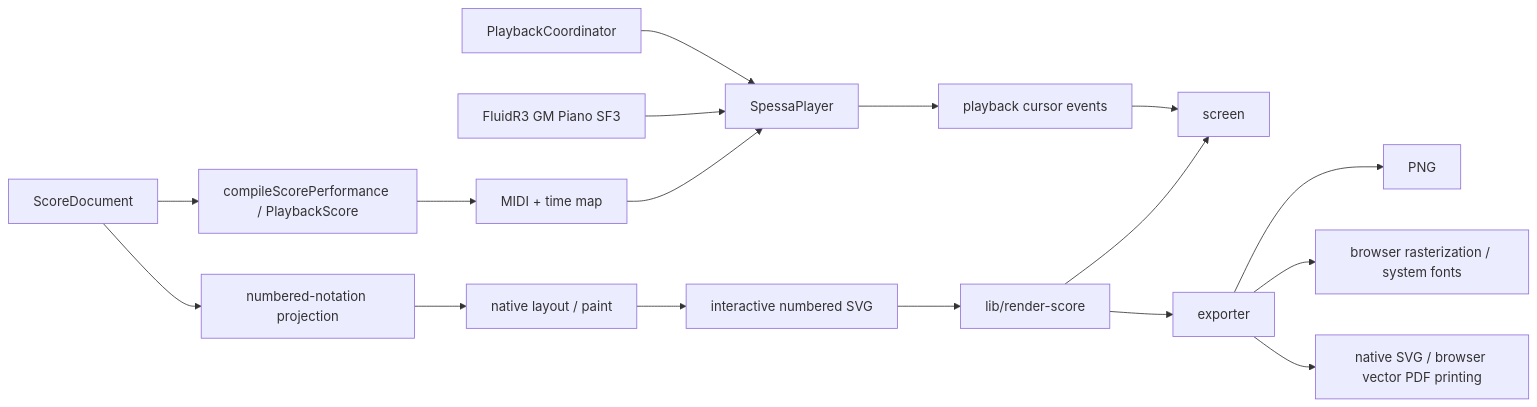
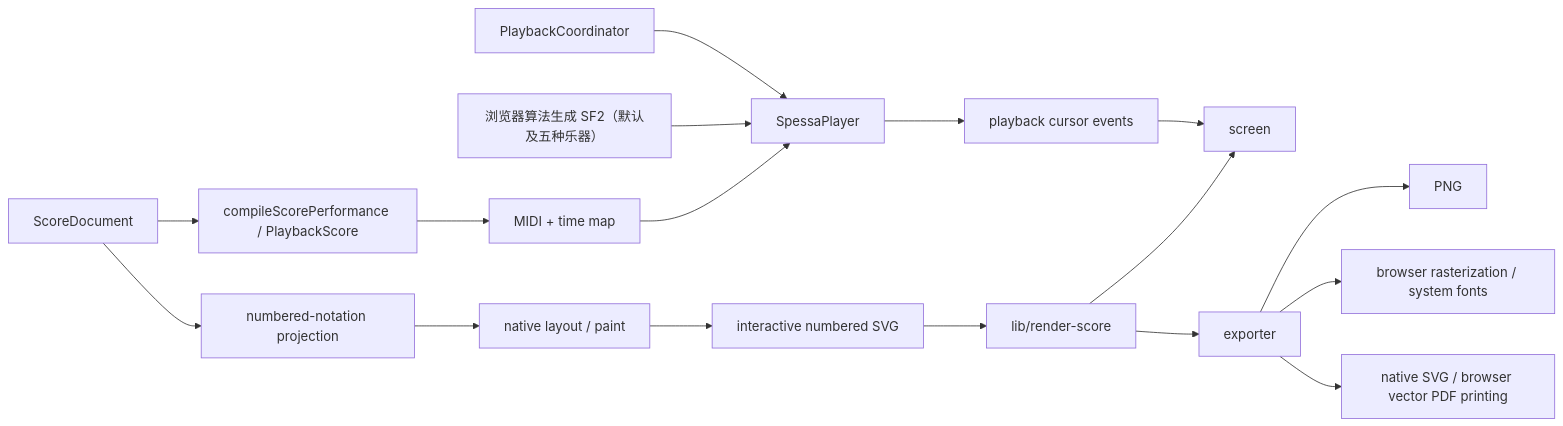
The fourth of 5 diagrams in docs/CODEGRAPH.md (huazhechen/m3n), drawn with Mermaid before and after one commit. The commit also changed 23 other files, not shown here.

````diff
--- a/docs/CODEGRAPH.md
+++ b/docs/CODEGRAPH.md
@@ -116,19 +116,19 @@
 ```mermaid
 flowchart LR
   document["ScoreDocument"] --> adapter["numbered-notation projection"]
   adapter --> native["native layout / paint"]
   native --> numberedSvg["interactive numbered SVG"]
   numberedSvg --> renderService["lib/render-score"]
   renderService --> screen
   renderService --> exporter
   document --> performance["compileScorePerformance / PlaybackScore"]
   performance --> midi["MIDI + time map"]
   midi --> player["SpessaPlayer"]
-  soundfont["FluidR3 GM Piano SF3"] --> player
+  soundfont["浏览器算法生成 SF2（默认及五种乐器）"] --> player
   coordinator["PlaybackCoordinator"] --> player
   player --> cursor["playback cursor events"]
   cursor --> screen
   exporter --> png["PNG"]
   exporter --> raster["browser rasterization / system fonts"]
   exporter --> pdf["native SVG / browser vector PDF printing"]
 ```
````
